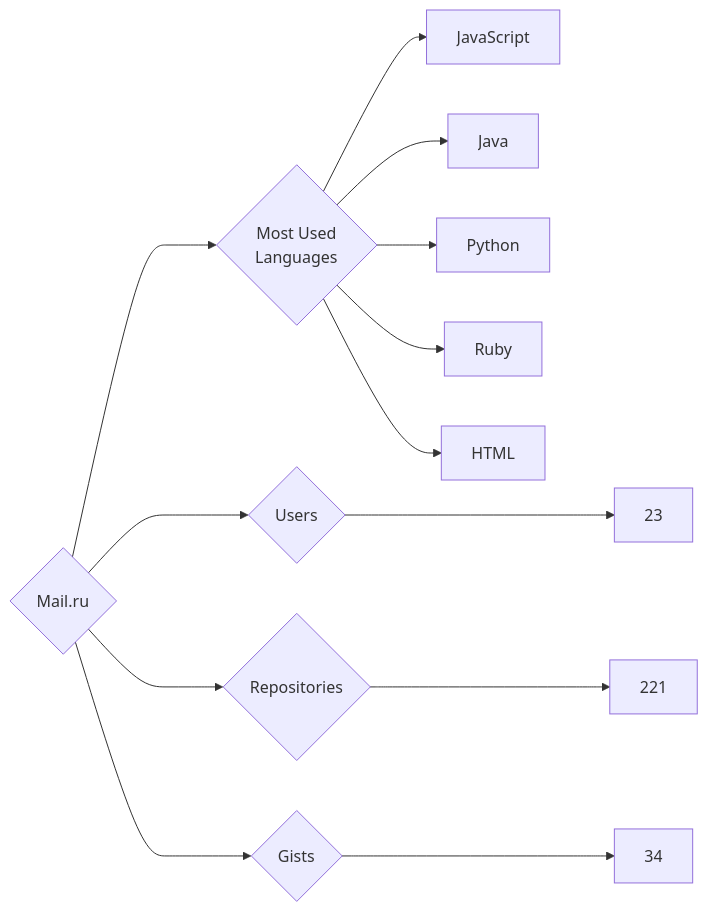
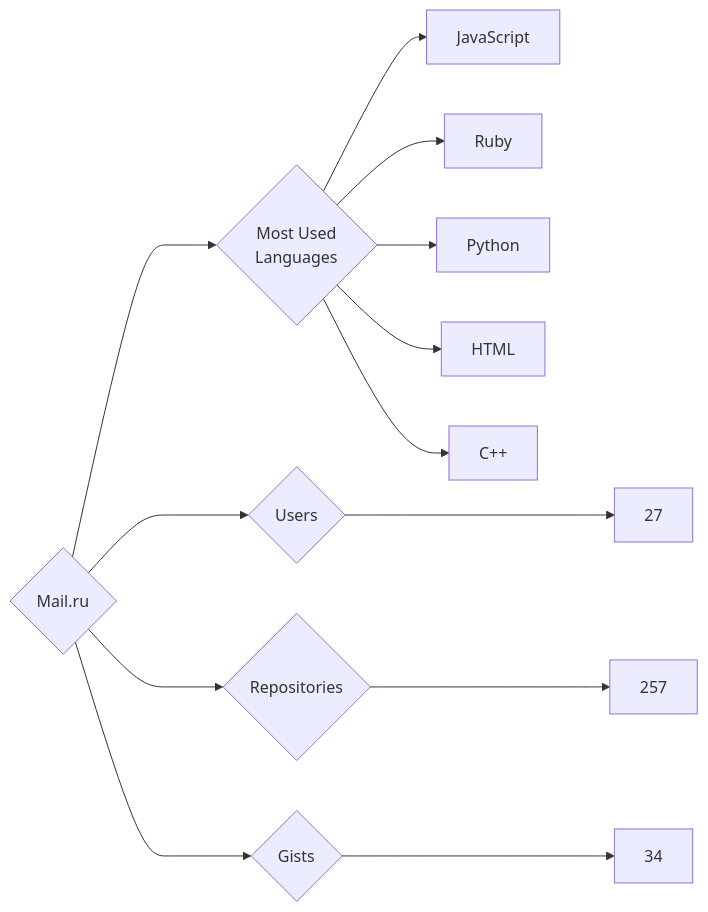
The diagram in targets/Mail.ru/README.md (trickest/insiders), drawn with Mermaid before and after one commit. The commit also changed 826 other files, not shown here.

````diff
--- a/targets/Mail.ru/README.md
+++ b/targets/Mail.ru/README.md
@@ -3,13 +3,13 @@
 ```mermaid
 graph LR
 COMPANY_NAME{Mail.ru}
-COMPANY_NAME ---> U{Users} ---> UN[23]
-COMPANY_NAME ---> R{Repositories} ---> RN[221]
+COMPANY_NAME ---> U{Users} ---> UN[27]
+COMPANY_NAME ---> R{Repositories} ---> RN[257]
 COMPANY_NAME ---> G{Gists} ---> GN[34]
 COMPANY_NAME ---> ML{Most Used<br>Languages}
 ML --> JavaScript[JavaScript]
-ML --> Java[Java]
+ML --> Ruby[Ruby]
 ML --> Python[Python]
-ML --> Ruby[Ruby]
 ML --> HTML[HTML]
+ML --> C++[C++]
 ```
````
